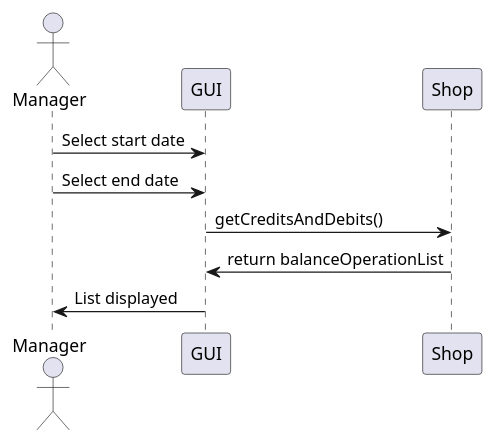
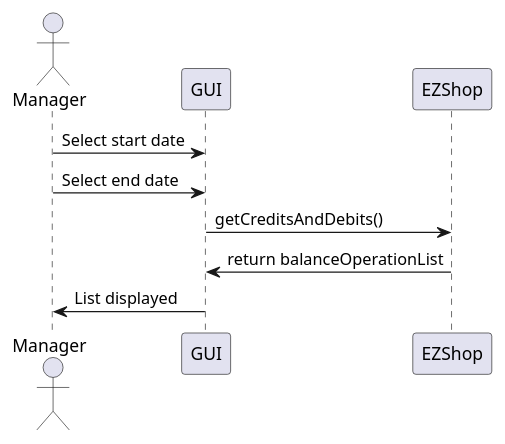
Diagram 18 of 19 in Deliverables/DesignDocument.md (ThePiromaximus/ezshop), drawn with PlantUML before and after one commit. The commit also changed other lines of this file, not shown here.

````diff
--- a/Deliverables/DesignDocument.md
+++ b/Deliverables/DesignDocument.md
@@ -536,10 +552,10 @@
 ```plantuml
 @startuml
 actor Manager
 Manager -> GUI : Select start date
 Manager -> GUI : Select end date
-GUI -> Shop : getCreditsAndDebits()
-Shop -> GUI : return balanceOperationList
+GUI -> EZShop : getCreditsAndDebits()
+EZShop -> GUI : return balanceOperationList
 GUI -> Manager : List displayed
 @enduml
 ```
````
